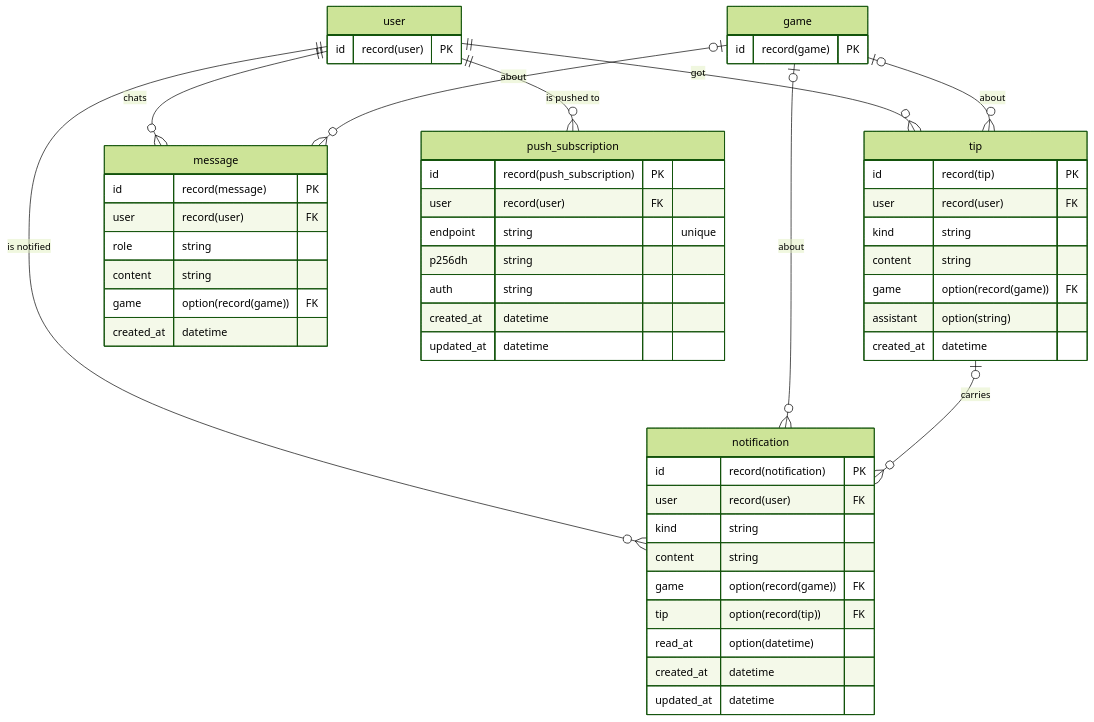
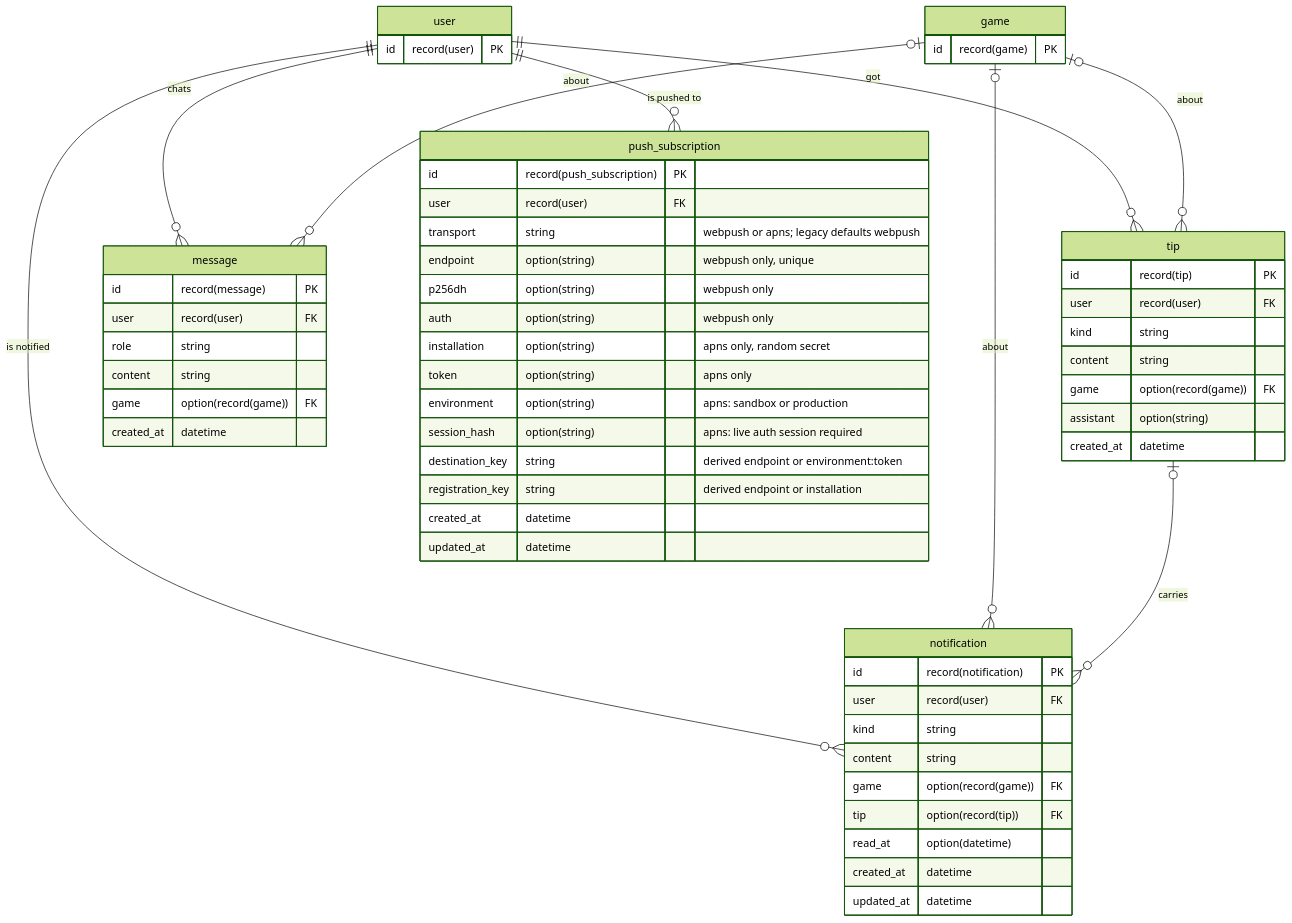
Before and after one commit to renatoaug/platjourney: the third of 5 diagrams in docs/design/04-database.md, drawn with Mermaid (forest theme). The commit also changed other lines of this file and 53 other files, not shown here.

````diff
--- a/docs/design/04-database.md
+++ b/docs/design/04-database.md
@@ -192,54 +192,61 @@
 ```mermaid
 erDiagram
     user ||--o{ tip : "got"
     game |o--o{ tip : "about"
     user ||--o{ message : "chats"
     game |o--o{ message : "about"
     user ||--o{ notification : "is notified"
     game |o--o{ notification : "about"
     tip |o--o{ notification : "carries"
     user ||--o{ push_subscription : "is pushed to"
     tip {
         id record(tip) PK
         user record(user) FK
         kind string
         content string
         game option(record(game)) FK
         assistant option(string)
         created_at datetime
     }
     message {
         id record(message) PK
         user record(user) FK
         role string
         content string
         game option(record(game)) FK
         created_at datetime
     }
     notification {
         id record(notification) PK
         user record(user) FK
         kind string
         content string
         game option(record(game)) FK
         tip option(record(tip)) FK
         read_at option(datetime)
         created_at datetime
         updated_at datetime
     }
     push_subscription {
         id record(push_subscription) PK
         user record(user) FK
-        endpoint string "unique"
-        p256dh string
-        auth string
+        transport string "webpush or apns; legacy defaults webpush"
+        endpoint option(string) "webpush only, unique"
+        p256dh option(string) "webpush only"
+        auth option(string) "webpush only"
+        installation option(string) "apns only, random secret"
+        token option(string) "apns only"
+        environment option(string) "apns: sandbox or production"
+        session_hash option(string) "apns: live auth session required"
+        destination_key string "derived endpoint or environment:token"
+        registration_key string "derived endpoint or installation"
         created_at datetime
         updated_at datetime
     }
     user {
         id record(user) PK
     }
     game {
         id record(game) PK
     }
 ```
````
